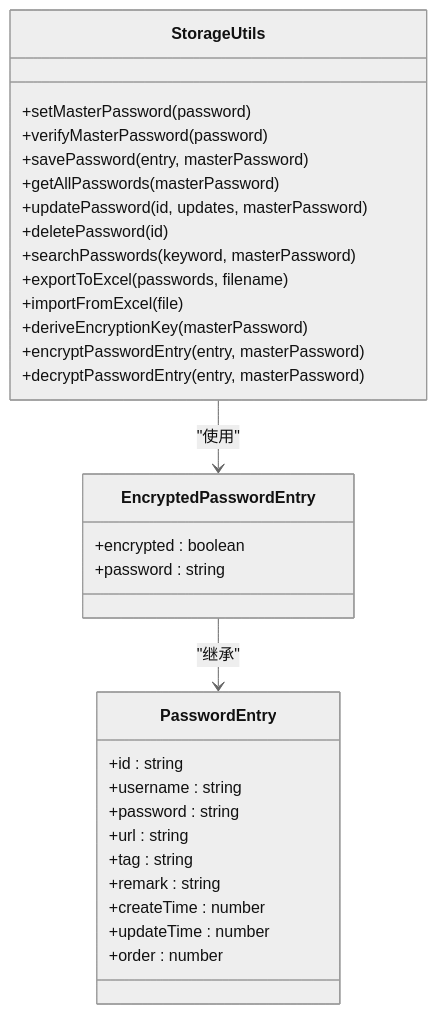
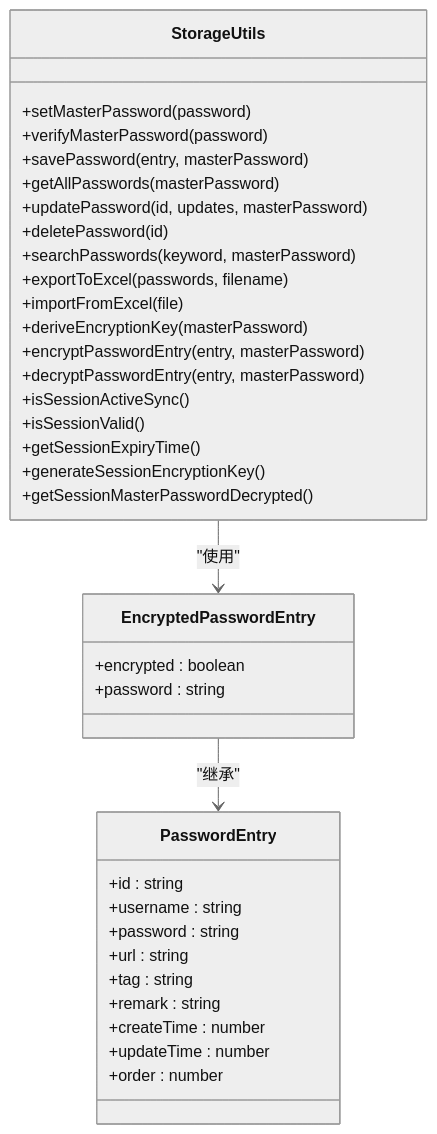
The seventh of 13 diagrams in .qoder/repowiki/zh/content/扩展入口点/Options Interface.md (liaolongdong/account-password-helper), drawn with Mermaid (neutral theme) before and after one commit. The commit also changed other lines of this file and 23 other files, not shown here.

````diff
--- a/.qoder/repowiki/zh/content/扩展入口点/Options Interface.md
+++ b/.qoder/repowiki/zh/content/扩展入口点/Options Interface.md
@@ -293,34 +330,39 @@
 ```mermaid
 classDiagram
 class StorageUtils {
 +setMasterPassword(password)
 +verifyMasterPassword(password)
 +savePassword(entry, masterPassword)
 +getAllPasswords(masterPassword)
 +updatePassword(id, updates, masterPassword)
 +deletePassword(id)
 +searchPasswords(keyword, masterPassword)
 +exportToExcel(passwords, filename)
 +importFromExcel(file)
 +deriveEncryptionKey(masterPassword)
 +encryptPasswordEntry(entry, masterPassword)
 +decryptPasswordEntry(entry, masterPassword)
++isSessionActiveSync()
++isSessionValid()
++getSessionExpiryTime()
++generateSessionEncryptionKey()
++getSessionMasterPasswordDecrypted()
 }
 class EncryptedPasswordEntry {
 +encrypted : boolean
 +password : string
 }
 class PasswordEntry {
 +id : string
 +username : string
 +password : string
 +url : string
 +tag : string
 +remark : string
 +createTime : number
 +updateTime : number
 +order : number
 }
 StorageUtils --> EncryptedPasswordEntry : "使用"
 EncryptedPasswordEntry --> PasswordEntry : "继承"
 ```
````
